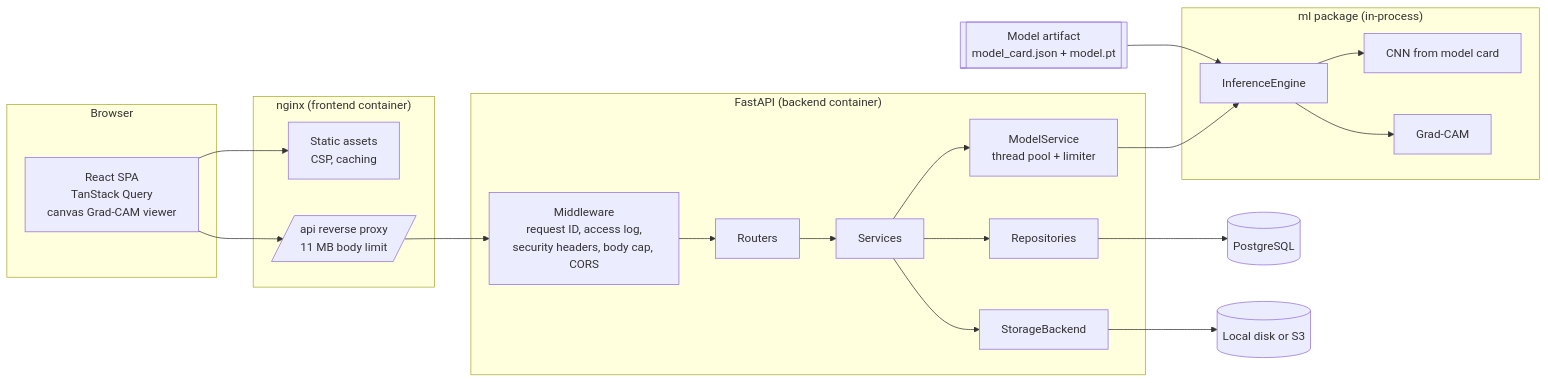
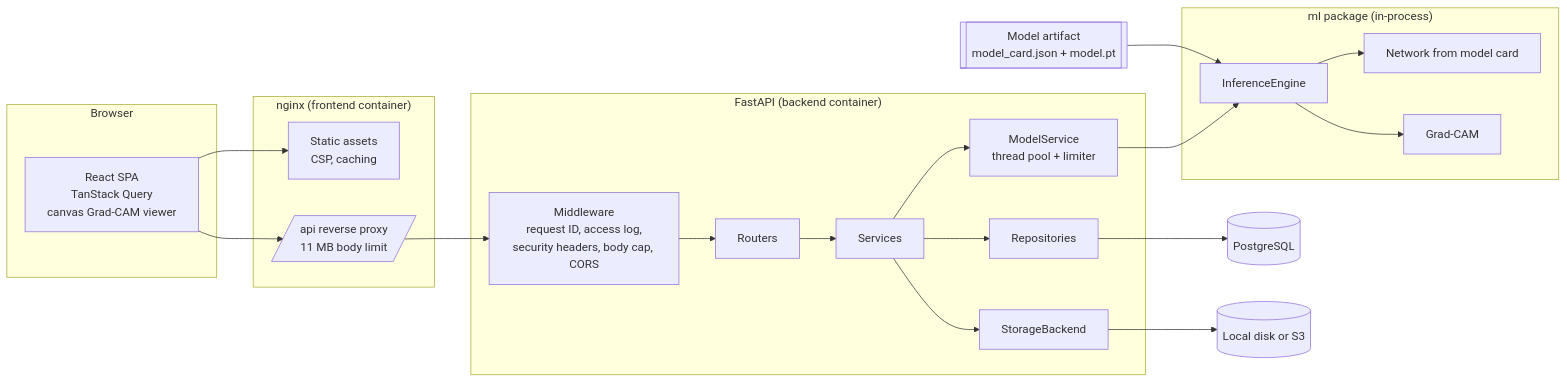
One commit to anirva09/MelaDx7 changed the first of 3 diagrams in docs/architecture.md. Above: the diagram before and after it, drawn with Mermaid. The commit also changed 3 other files, not shown here.

````diff
--- a/docs/architecture.md
+++ b/docs/architecture.md
@@ -18,30 +18,30 @@
 ```mermaid
 flowchart LR
   subgraph Browser
     UI[React SPA<br/>TanStack Query<br/>canvas Grad-CAM viewer]
   end
   subgraph Edge["nginx (frontend container)"]
     Static[Static assets<br/>CSP, caching]
     Proxy[/api reverse proxy<br/>11 MB body limit/]
   end
   subgraph API["FastAPI (backend container)"]
     MW[Middleware<br/>request ID, access log,<br/>security headers, body cap, CORS]
     R[Routers] --> S[Services] --> Repo[Repositories]
     S --> Inf[ModelService<br/>thread pool + limiter]
     S --> Store[StorageBackend]
   end
   subgraph ML["ml package (in-process)"]
-    Eng[InferenceEngine] --> Net[CNN from model card]
+    Eng[InferenceEngine] --> Net[Network from model card]
     Eng --> GC[Grad-CAM]
   end
   DB[(PostgreSQL)]
   FS[(Local disk or S3)]
   ART[[Model artifact<br/>model_card.json + model.pt]]
 
   UI --> Static
   UI --> Proxy --> MW --> R
   Repo --> DB
   Store --> FS
   Inf --> Eng
   ART --> Eng
 ```
````
